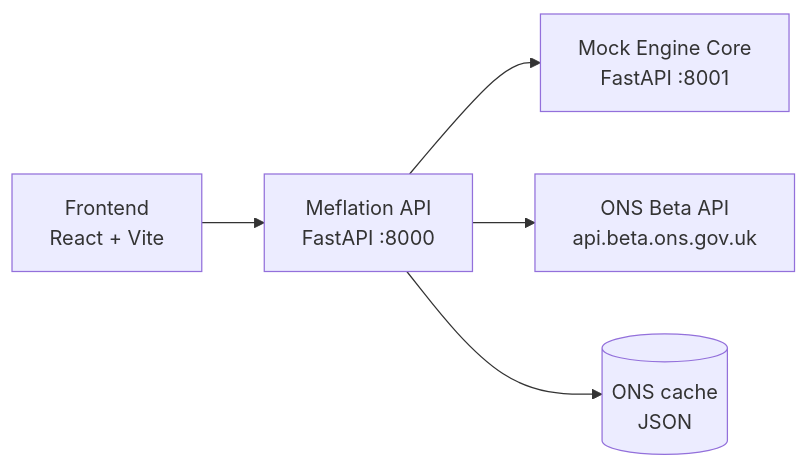
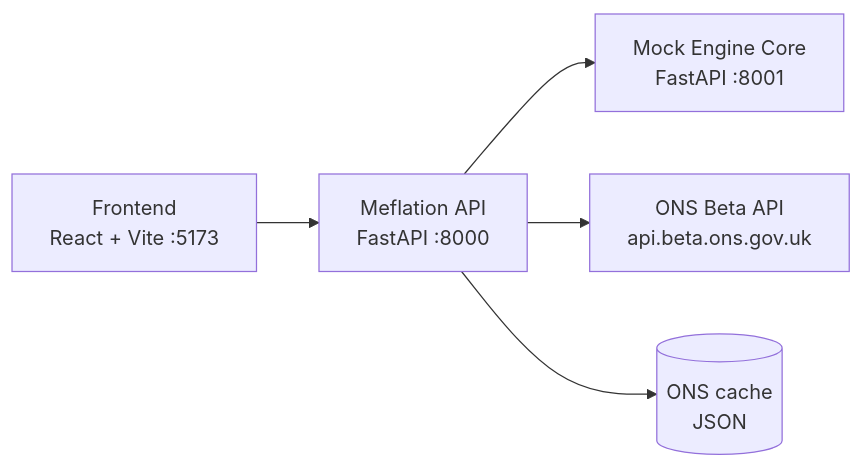
The diagram in README.md (joeliynnesarajah/starling), drawn with Mermaid before and after one commit. The commit also changed other lines of this file and 88 other files, not shown here.

````diff
--- a/README.md
+++ b/README.md
@@ -56,7 +58,7 @@
 ```mermaid
 flowchart LR
-    FE[Frontend<br/>React + Vite] --> BE[Meflation API<br/>FastAPI :8000]
+    FE[Frontend<br/>React + Vite :5173] --> BE[Meflation API<br/>FastAPI :8000]
     BE --> EM[Mock Engine Core<br/>FastAPI :8001]
     BE --> ONS[ONS Beta API<br/>api.beta.ons.gov.uk]
     BE --> CACHE[(ONS cache<br/>JSON)]
 ```
````
